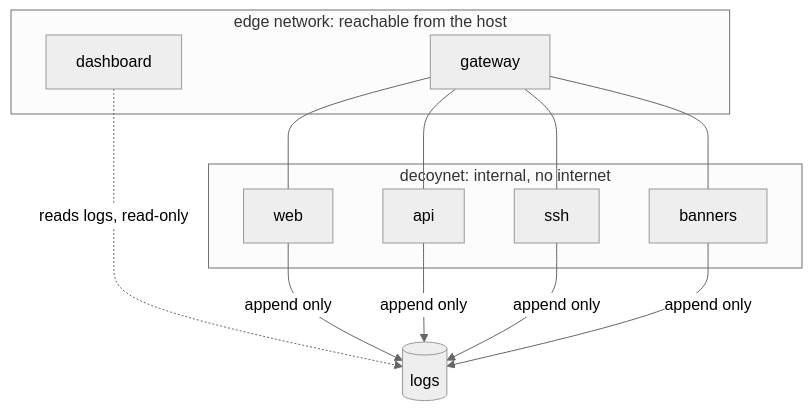
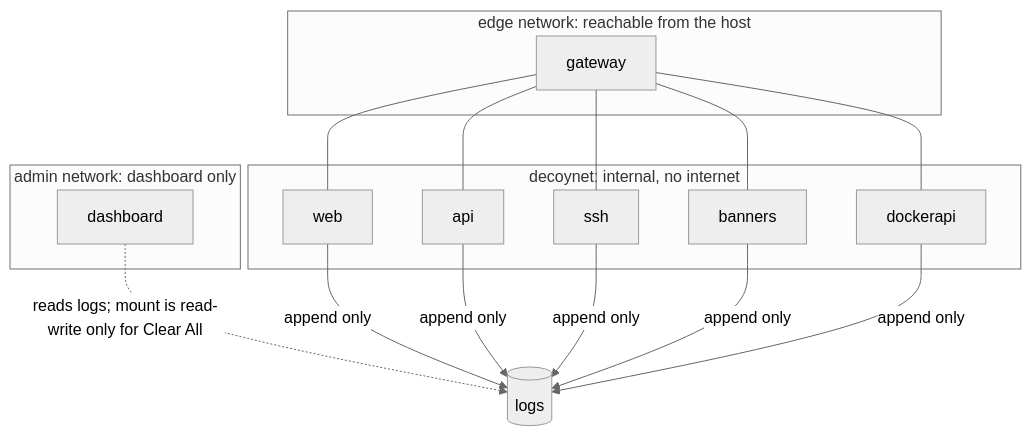
Before and after one commit to itzz-inbathamizhanS/QLure: the diagram in docs/architecture/07-security-model.md, drawn with Mermaid (neutral theme). The commit also changed other lines of this file and 12 other files, not shown here.

Commit message:
Docs: Phase 3 and 4 features, export downloads, retention and alerts, known limits, roadmap status (checkpoint)

````diff
--- a/docs/architecture/07-security-model.md
+++ b/docs/architecture/07-security-model.md
@@ -17,15 +17,18 @@
 ```mermaid
 flowchart TB
     subgraph edge [edge network: reachable from the host]
         G[gateway]
+    end
+    subgraph admin [admin network: dashboard only]
         D[dashboard]
     end
     subgraph decoynet [decoynet: internal, no internet]
         G --- W[web]
         G --- A[api]
         G --- S[ssh]
         G --- B[banners]
+        G --- K[dockerapi]
     end
-    D -. reads logs, read-only .-> L[(logs)]
-    W & A & S & B -->|append only| L
+    D -. reads logs; mount is read-write only for Clear All .-> L[(logs)]
+    W & A & S & B & K -->|append only| L
 ```
````
